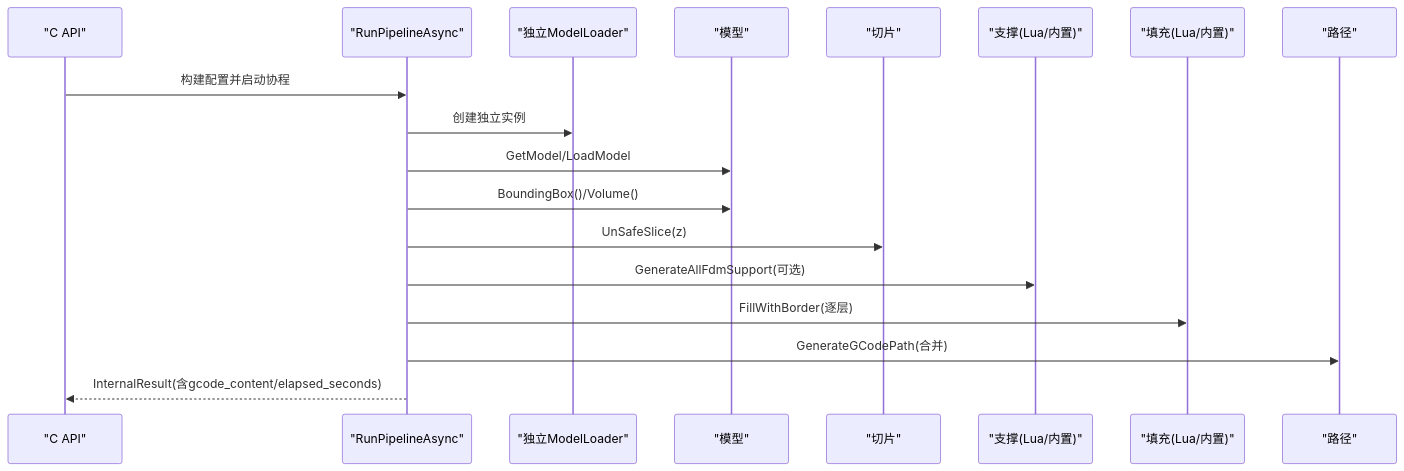
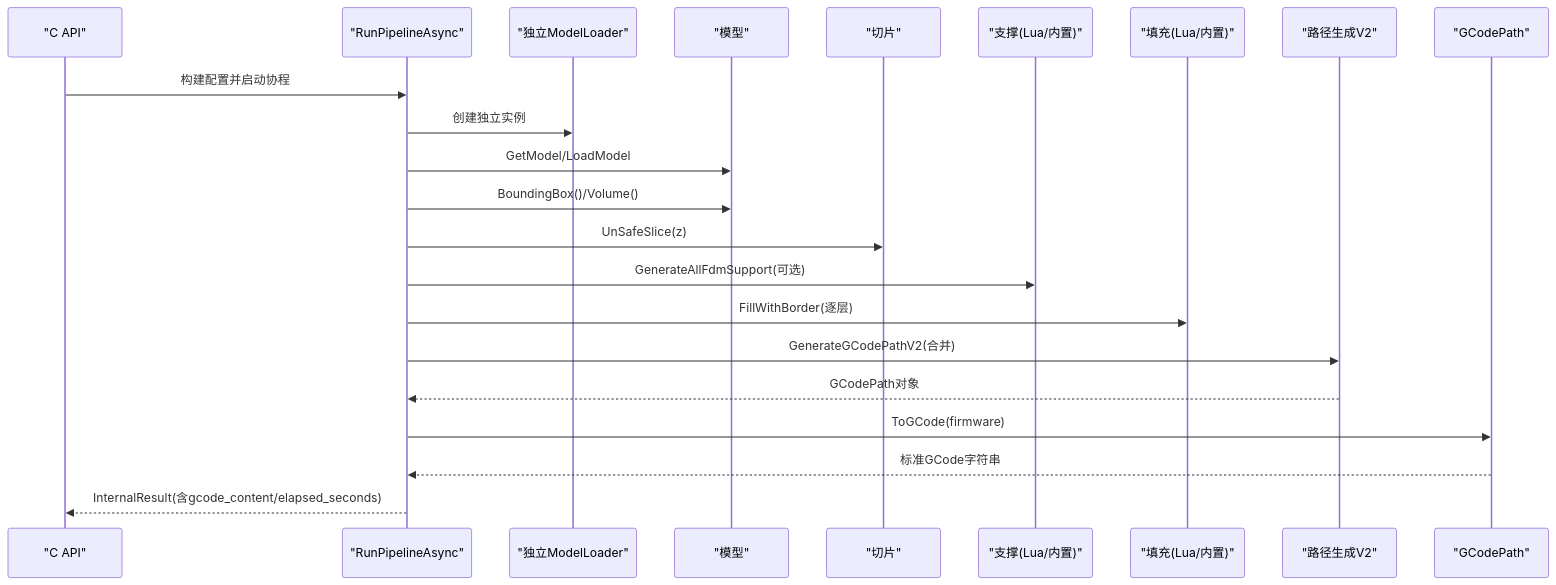
The ninth of 11 diagrams in .qoder/repowiki/zh/content/核心模块详解/FDM打印流水线.md (hsmbanlance/HsBaSlicer), drawn with Mermaid before and after one commit. The commit also changed other lines of this file and 9 other files, not shown here.

````diff
--- a/.qoder/repowiki/zh/content/核心模块详解/FDM打印流水线.md
+++ b/.qoder/repowiki/zh/content/核心模块详解/FDM打印流水线.md
@@ -409,20 +478,24 @@
 ```mermaid
 sequenceDiagram
 participant C as "C API"
 participant P as "RunPipelineAsync"
 participant ML as "独立ModelLoader"
 participant M as "模型"
 participant S as "切片"
 participant U as "支撑(Lua/内置)"
 participant F as "填充(Lua/内置)"
-participant G as "路径"
+participant G as "路径生成V2"
+participant GP as "GCodePath"
 C->>P : 构建配置并启动协程
 P->>ML : 创建独立实例
 P->>M : GetModel/LoadModel
 P->>M : BoundingBox()/Volume()
 P->>S : UnSafeSlice(z)
 P->>U : GenerateAllFdmSupport(可选)
 P->>F : FillWithBorder(逐层)
-P->>G : GenerateGCodePath(合并)
+P->>G : GenerateGCodePathV2(合并)
+G-->>P : GCodePath对象
+P->>GP : ToGCode(firmware)
+GP-->>P : 标准GCode字符串
 P-->>C : InternalResult(含gcode_content/elapsed_seconds)
 ```
````
